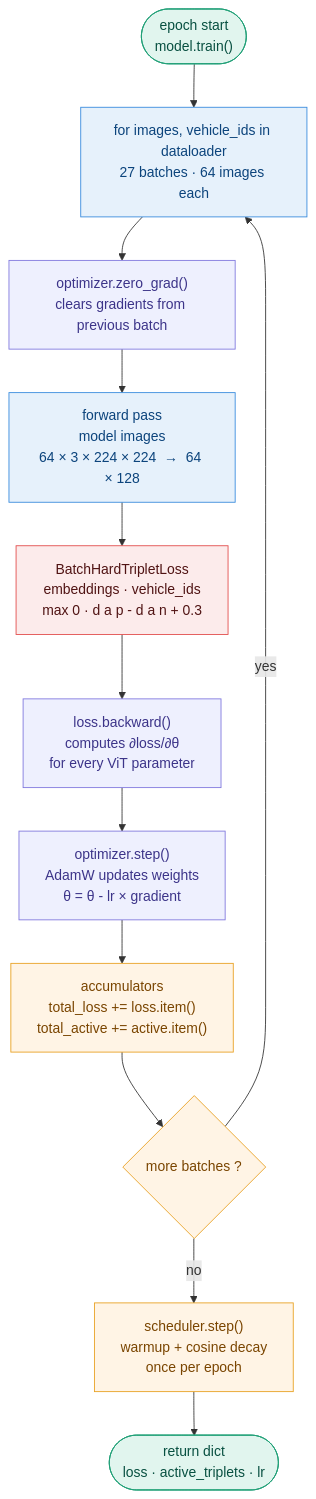
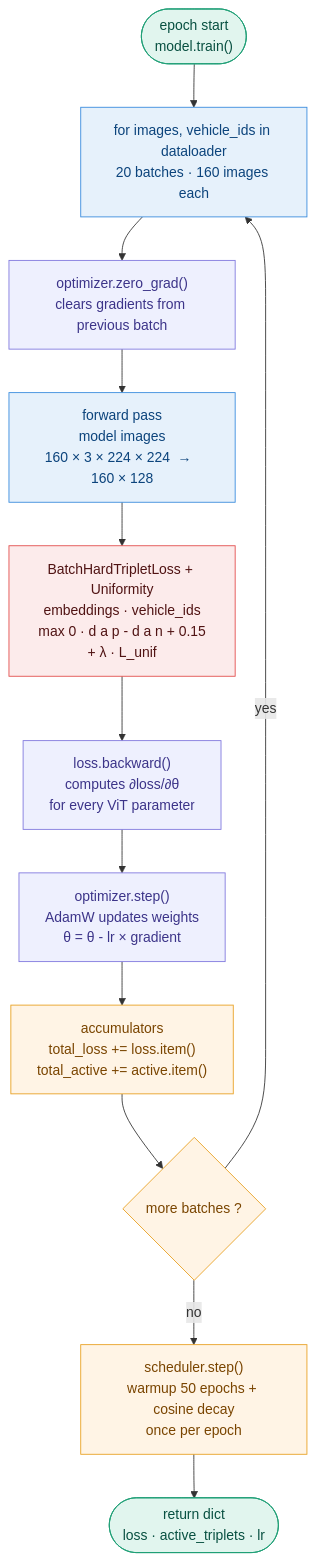
One commit to Volvert/INFO8010-DeepLearing changed the second of 2 diagrams in TRAIN.md. Above: the diagram before and after it, drawn with Mermaid. The commit also changed other lines of this file, not shown here.

Commit message:
Update TRAIN.md for epoch and batch size changes

````diff
--- a/TRAIN.md
+++ b/TRAIN.md
@@ -36,37 +36,37 @@
 ```mermaid
 flowchart TD
     START(["epoch start\nmodel.train()"]) --> LOOP
 
-    LOOP["for images, vehicle_ids in dataloader\n27 batches · 64 images each"] --> ZG
+    LOOP["for images, vehicle_ids in dataloader\n20 batches · 160 images each"] --> ZG
 
     ZG["optimizer.zero_grad()\nclears gradients from previous batch"] --> FW
 
-    FW["forward pass\nmodel images\n64 × 3 × 224 × 224  →  64 × 128"] --> TL
+    FW["forward pass\nmodel images\n160 × 3 × 224 × 224  →  160 × 128"] --> TL
 
-    TL["BatchHardTripletLoss\nembeddings · vehicle_ids\nmax 0 · d a p - d a n + 0.3"] --> BW
+    TL["BatchHardTripletLoss + Uniformity\nembeddings · vehicle_ids\nmax 0 · d a p - d a n + 0.15\n+ λ · L_unif"] --> BW
 
     BW["loss.backward()\ncomputes ∂loss/∂θ\nfor every ViT parameter"] --> OS
 
     OS["optimizer.step()\nAdamW updates weights\nθ = θ - lr × gradient"] --> ACC
 
     ACC["accumulators\ntotal_loss += loss.item()\ntotal_active += active.item()"] --> CHK
 
     CHK{"more batches ?"} -->|"yes"| LOOP
     CHK -->|"no"| SCH
 
-    SCH["scheduler.step()\nwarmup + cosine decay\nonce per epoch"] --> RET
+    SCH["scheduler.step()\nwarmup 50 epochs + cosine decay\nonce per epoch"] --> RET
 
     RET(["return dict\nloss · active_triplets · lr"])
 
     style START fill:#E1F5EE,stroke:#1D9E75,color:#085041
     style LOOP fill:#E6F1FB,stroke:#378ADD,color:#0C447C
     style ZG fill:#EEF0FE,stroke:#7F77DD,color:#3C3489
     style FW fill:#E6F1FB,stroke:#378ADD,color:#0C447C
     style TL fill:#FCEBEB,stroke:#E24B4A,color:#501313
     style BW fill:#EEF0FE,stroke:#7F77DD,color:#3C3489
     style OS fill:#EEF0FE,stroke:#7F77DD,color:#3C3489
     style ACC fill:#FFF4E5,stroke:#E8A020,color:#7A4500
     style CHK fill:#FFF4E5,stroke:#E8A020,color:#7A4500
     style SCH fill:#FFF4E5,stroke:#E8A020,color:#7A4500
     style RET fill:#E1F5EE,stroke:#1D9E75,color:#085041
 ```
````
